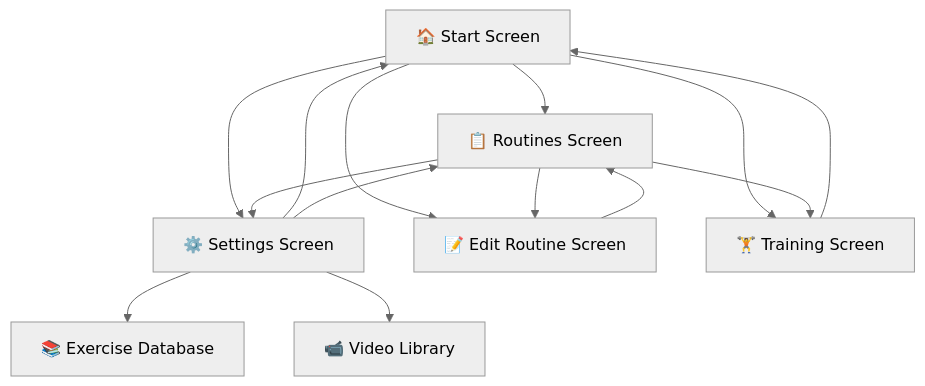
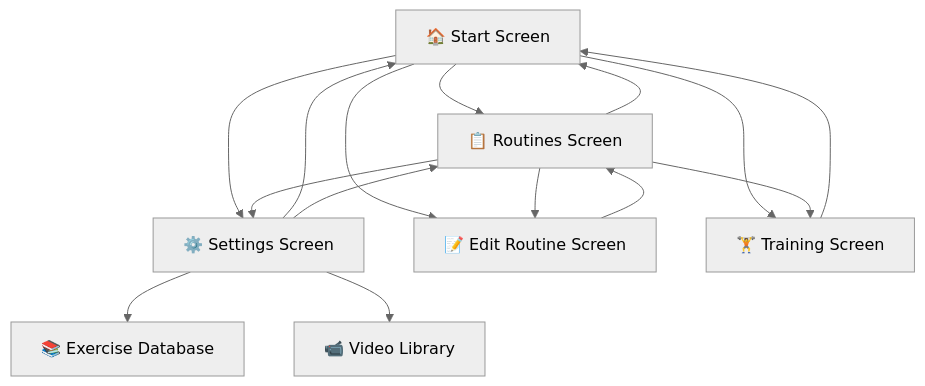
One commit to Ramigiusz/GymApp changed the first of 2 diagrams in README.md. Above: the diagram before and after it, drawn with Mermaid (neutral theme).

````diff
--- a/README.md
+++ b/README.md
@@ -67,27 +67,28 @@
 ```mermaid
 flowchart TD
     Start["🏠 Start Screen"]
     Settings["⚙️ Settings Screen"]
     Routines["📋 Routines Screen"]
     EditRoutine["📝 Edit Routine Screen"]
     Training["🏋️ Training Screen"]
     ExerciseDB["📚 Exercise Database"]
     VideoLibrary["📹 Video Library"]
 
     Start --> Routines
     Start --> Settings
     Start --> EditRoutine
     Start --> Training
 
     Settings --> ExerciseDB
     Settings --> VideoLibrary
     Settings --> Start
     Settings --> Routines
 
     Routines --> EditRoutine
     Routines --> Training
     Routines --> Settings
+    Routines --> Start
 
     EditRoutine --> Routines
     Training --> Start
 ```
````
